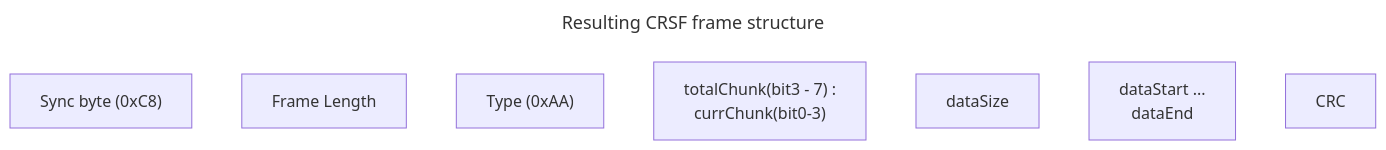
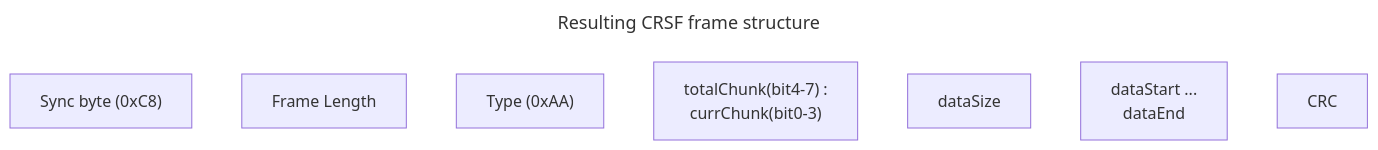
One commit to tbs-fpv/tbs-crsf-spec changed the seventh of 7 diagrams in crsf.md. Above: the diagram before and after it, drawn with Mermaid. The commit also changed other lines of this file, not shown here.

````diff
--- a/crsf.md
+++ b/crsf.md
@@ -1287,7 +1296,7 @@
 ```mermaid
 ---
 title: Resulting CRSF frame structure
 ---
 flowchart LR
-  id0["Sync byte (0xC8)"] ~~~ id1[Frame Length] ~~~ id2["Type (0xAA)"] ~~~ id3["totalChunk(bit3 - 7) :<br/> currChunk(bit0-3)"] ~~~ id4[dataSize] ~~~ id5[dataStart ...<br/> dataEnd] ~~~ id6[CRC]
+  id0["Sync byte (0xC8)"] ~~~ id1[Frame Length] ~~~ id2["Type (0xAA)"] ~~~ id3["totalChunk(bit4-7) :<br/> currChunk(bit0-3)"] ~~~ id4[dataSize] ~~~ id5[dataStart ...<br/> dataEnd] ~~~ id6[CRC]
 ```
````
